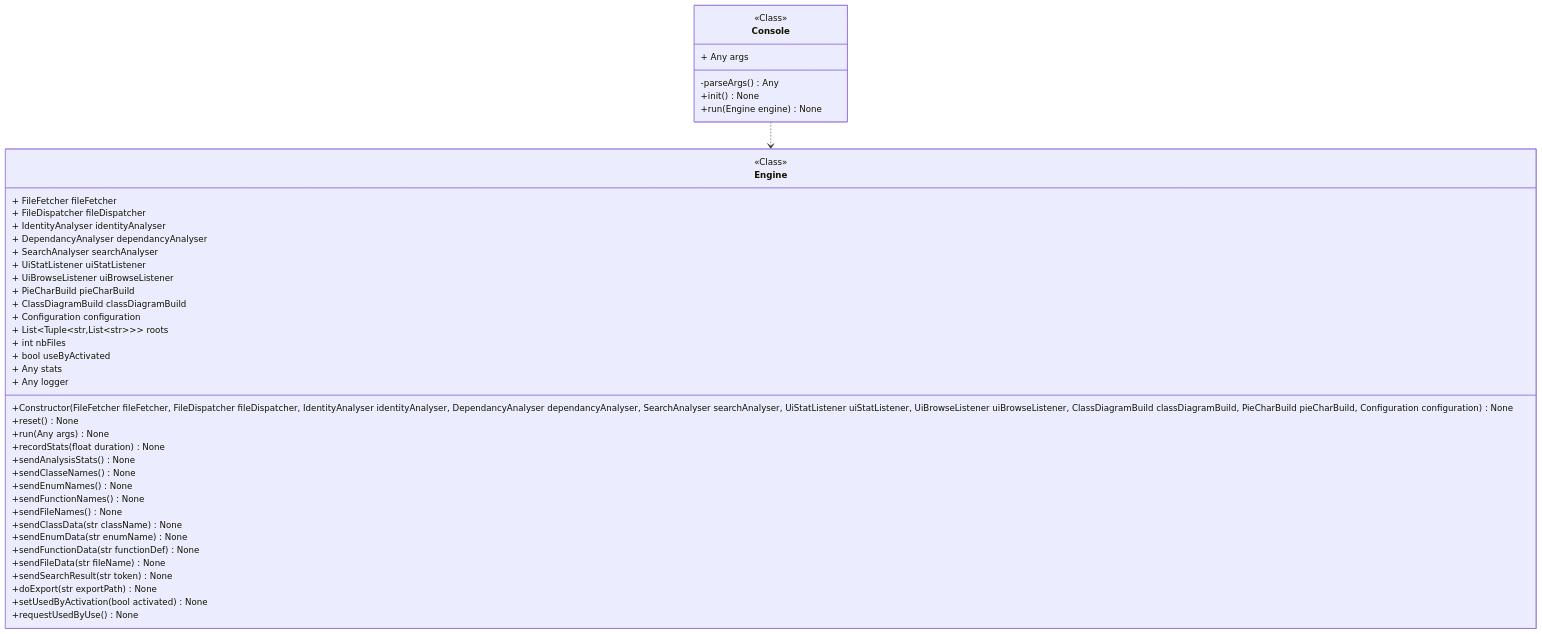
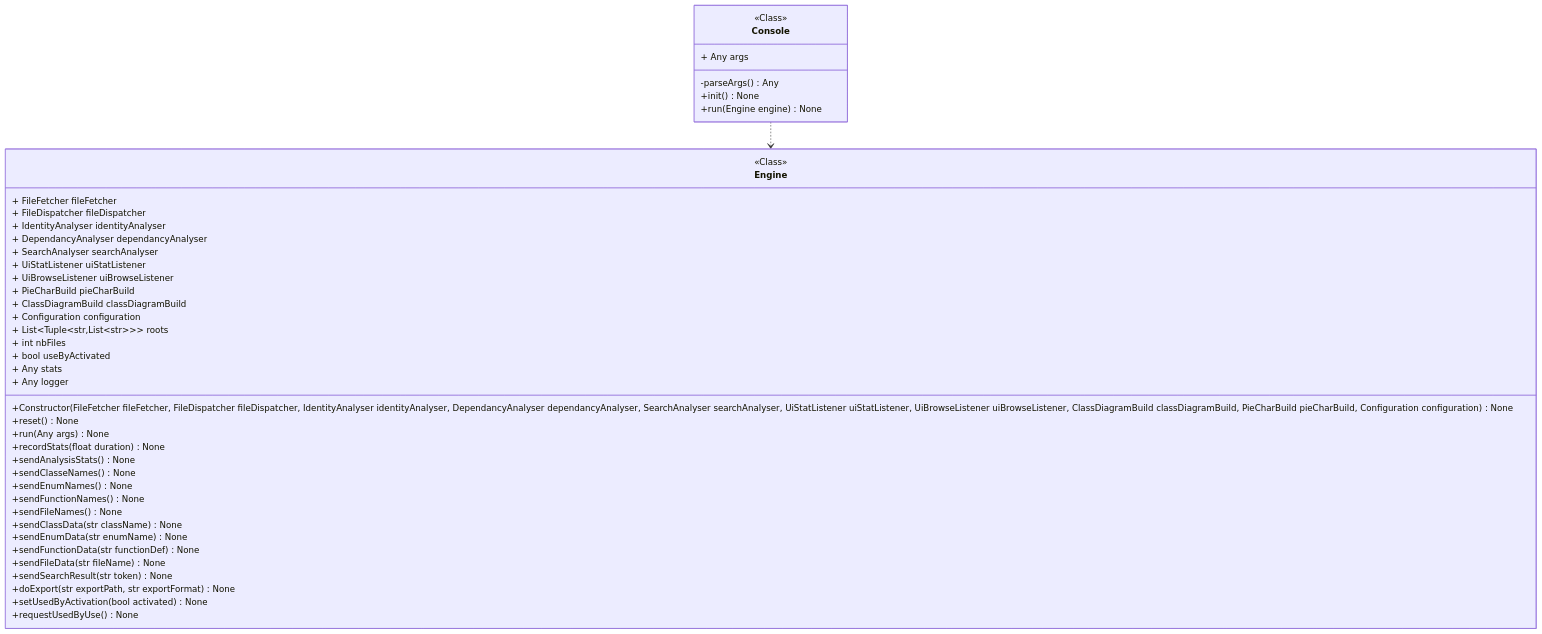
Before and after one commit to miong/pycodeanalyzer: the diagram in docs/source/code/diagrams/pycodeanalyzer_core_console_console_Console.mmd, drawn with Mermaid. The commit also changed 15 other files, not shown here.

Commit message:
Add plantuml format for export

```diff
--- a/docs/source/code/diagrams/pycodeanalyzer_core_console_console_Console.mmd
+++ b/docs/source/code/diagrams/pycodeanalyzer_core_console_console_Console.mmd
@@ -1,45 +1,45 @@
 classDiagram
 class Console {
 <<Class>>
 + Any args
 -parseArgs() Any
 +init() None
 +run(Engine engine) None
 }
 class Engine {
 <<Class>>
 + FileFetcher fileFetcher
 + FileDispatcher fileDispatcher
 + IdentityAnalyser identityAnalyser
 + DependancyAnalyser dependancyAnalyser
 + SearchAnalyser searchAnalyser
 + UiStatListener uiStatListener
 + UiBrowseListener uiBrowseListener
 + PieCharBuild pieCharBuild
 + ClassDiagramBuild classDiagramBuild
 + Configuration configuration
 + List&lt;Tuple&lt;str,List&lt;str&gt;&gt;&gt; roots
 + int nbFiles
 + bool useByActivated
 + Any stats
 + Any logger
 +Constructor(FileFetcher fileFetcher, FileDispatcher fileDispatcher, IdentityAnalyser identityAnalyser, DependancyAnalyser dependancyAnalyser, SearchAnalyser searchAnalyser, UiStatListener uiStatListener, UiBrowseListener uiBrowseListener, ClassDiagramBuild classDiagramBuild, PieCharBuild pieCharBuild, Configuration configuration) None
 +reset() None
 +run(Any args) None
 +recordStats(float duration) None
 +sendAnalysisStats() None
 +sendClasseNames() None
 +sendEnumNames() None
 +sendFunctionNames() None
 +sendFileNames() None
 +sendClassData(str className) None
 +sendEnumData(str enumName) None
 +sendFunctionData(str functionDef) None
 +sendFileData(str fileName) None
 +sendSearchResult(str token) None
-+doExport(str exportPath) None
++doExport(str exportPath, str exportFormat) None
 +setUsedByActivation(bool activated) None
 +requestUsedByUse() None
 }
 link Engine "class££pycodeanalyzer::core::engine::engine::Engine"
 Console ..> Engine
```
